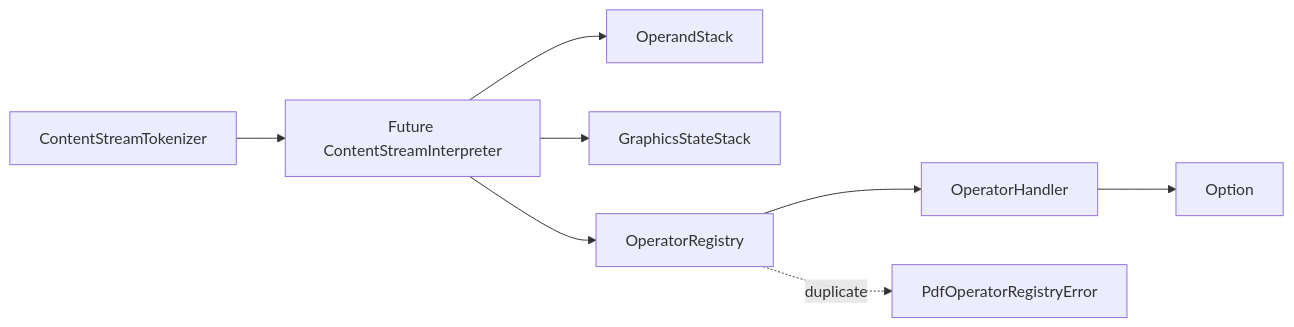
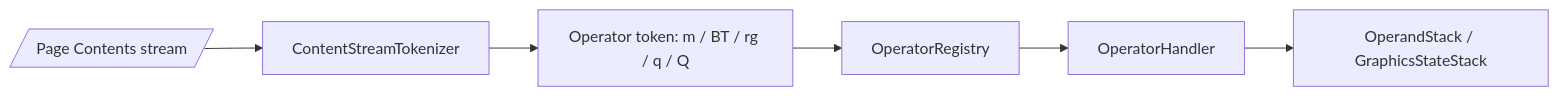
Before and after one commit to DIO0550/pdfmod: the diagram in docs/implementation/operator-registry.md, drawn with Mermaid. The commit also changed other lines of this file and 1 other file, not shown here.

Commit message:
📝 [Doc]: #135 OperatorRegistry説明をPDF仕様中心に整理

````diff
--- a/docs/implementation/operator-registry.md
+++ b/docs/implementation/operator-registry.md
@@ -88,10 +39,8 @@
 ```mermaid
 flowchart LR
-  Tokenizer[ContentStreamTokenizer] --> Interpreter[Future ContentStreamInterpreter]
-  Interpreter --> OperandStack[OperandStack]
-  Interpreter --> GraphicsStateStack[GraphicsStateStack]
-  Interpreter --> Registry[OperatorRegistry]
+  Contents[/Page Contents stream/] --> Tokenizer[ContentStreamTokenizer]
+  Tokenizer --> OperatorToken[Operator token: m / BT / rg / q / Q]
+  OperatorToken --> Registry[OperatorRegistry]
   Registry --> Handler[OperatorHandler]
-  Handler --> Outcome[Option<PdfError>]
-  Registry -. duplicate .-> RegistryError[PdfOperatorRegistryError]
+  Handler --> State[OperandStack / GraphicsStateStack]
 ```
````
